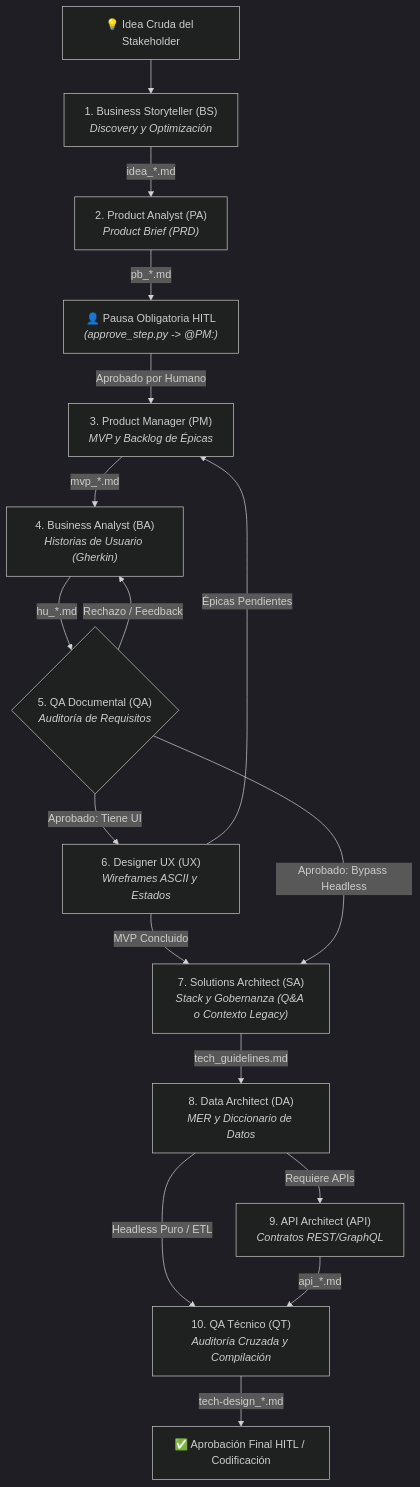
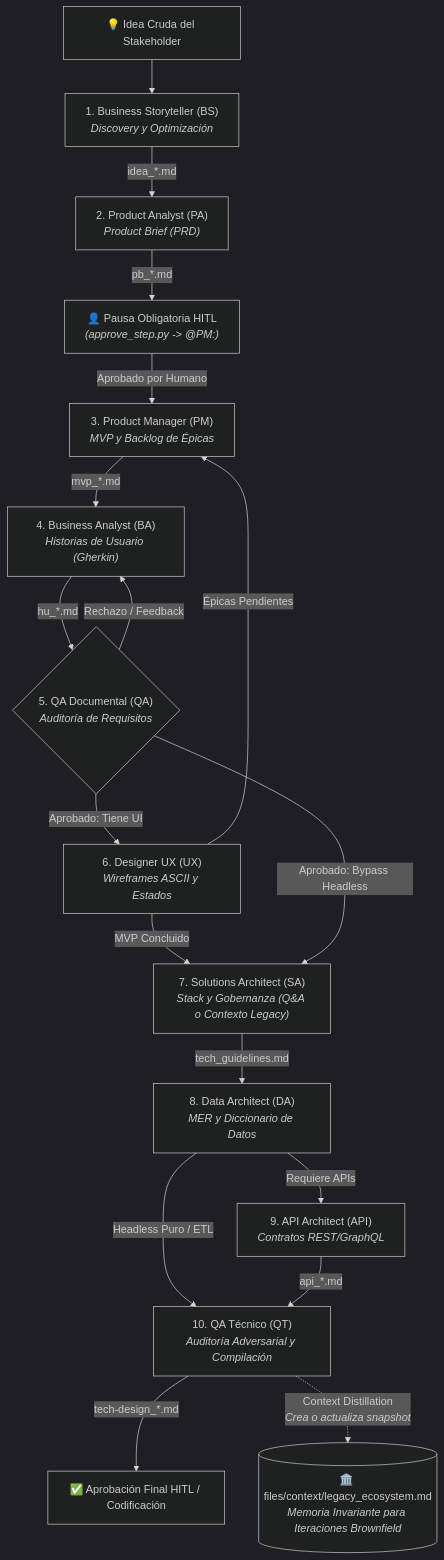
One commit to pauloravicaceres/template-bmad changed the first of 2 diagrams in README.md. Above: the diagram before and after it, drawn with Mermaid (dark theme). The commit also changed other lines of this file and 8 other files, not shown here.

````diff
--- a/README.md
+++ b/README.md
@@ -110,19 +112,20 @@
 ```mermaid
 flowchart TD
     Idea["💡 Idea Cruda del Stakeholder"] --> BS["1. Business Storyteller (BS)<br><i>Discovery y Optimización</i>"]
     BS -->|idea_*.md| PA["2. Product Analyst (PA)<br><i>Product Brief (PRD)</i>"]
     PA -->|pb_*.md| HITL["👤 Pausa Obligatoria HITL<br><i>(approve_step.py -> @PM:)</i>"]
     HITL -->|Aprobado por Humano| PM["3. Product Manager (PM)<br><i>MVP y Backlog de Épicas</i>"]
     PM -->|mvp_*.md| BA["4. Business Analyst (BA)<br><i>Historias de Usuario (Gherkin)</i>"]
     BA -->|hu_*.md| QA{"5. QA Documental (QA)<br><i>Auditoría de Requisitos</i>"}
     QA -->|Rechazo / Feedback| BA
     QA -->|Aprobado: Tiene UI| UX["6. Designer UX (UX)<br><i>Wireframes ASCII y Estados</i>"]
     UX -->|Épicas Pendientes| PM
     UX -->|MVP Concluido| SA["7. Solutions Architect (SA)<br><i>Stack y Gobernanza (Q&A o Contexto Legacy)</i>"]
     QA -->|Aprobado: Bypass Headless| SA
     SA -->|tech_guidelines.md| DA["8. Data Architect (DA)<br><i>MER y Diccionario de Datos</i>"]
     DA -->|Requiere APIs| API["9. API Architect (API)<br><i>Contratos REST/GraphQL</i>"]
-    DA -->|Headless Puro / ETL| QT["10. QA Técnico (QT)<br><i>Auditoría Cruzada y Compilación</i>"]
+    DA -->|Headless Puro / ETL| QT["10. QA Técnico (QT)<br><i>Auditoría Adversarial y Compilación</i>"]
     API -->|api_*.md| QT
     QT -->|tech-design_*.md| Fin["✅ Aprobación Final HITL / Codificación"]
+    QT -.->|Context Distillation<br><i>Crea o actualiza snapshot</i>| Legacy[("🏛️ files/context/legacy_ecosystem.md<br><i>Memoria Invariante para Iteraciones Brownfield</i>")]
 ```
````
